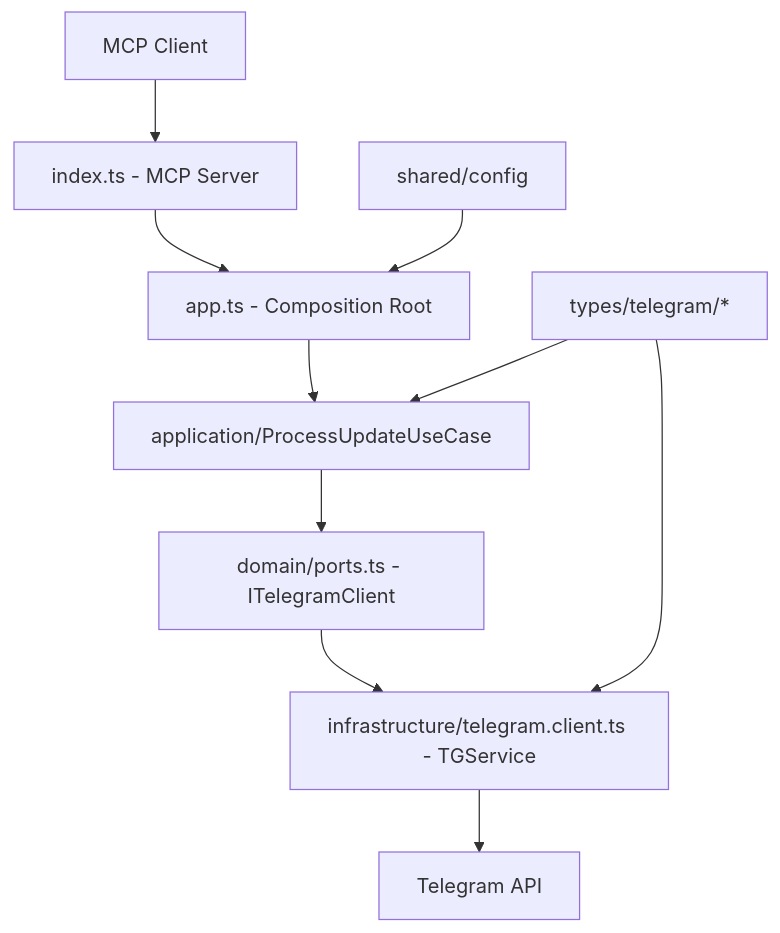
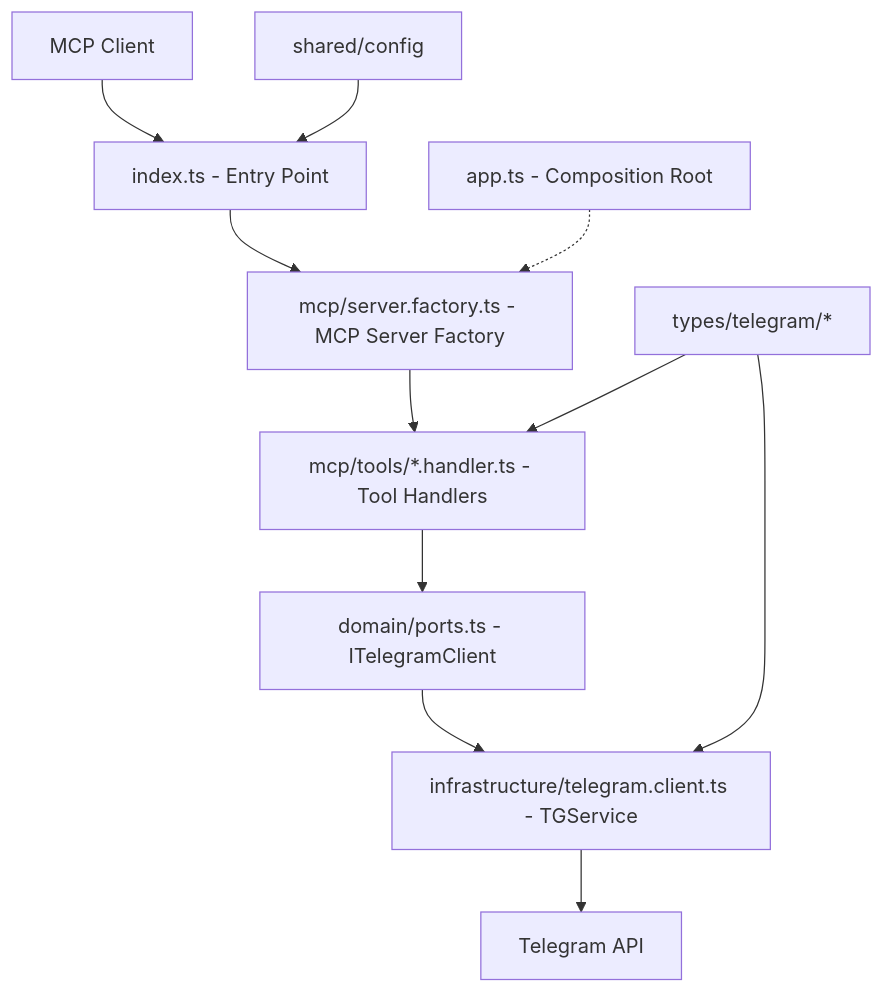
One commit to Bigchef-dev/telegram-mcp-server changed the diagram in ARCHITECTURE.md. Above: the diagram before and after it, drawn with Mermaid. The commit also changed other lines of this file and 10 other files, not shown here.

````diff
--- a/ARCHITECTURE.md
+++ b/ARCHITECTURE.md
@@ -59,13 +67,14 @@
 ```mermaid
 graph TD
-    A[MCP Client] --> B[index.ts - MCP Server]
-    B --> C[app.ts - Composition Root]
-    C --> D[application/ProcessUpdateUseCase]
+    A[MCP Client] --> B[index.ts - Entry Point]
+    B --> C[mcp/server.factory.ts - MCP Server Factory]
+    C --> D[mcp/tools/*.handler.ts - Tool Handlers]
     D --> E[domain/ports.ts - ITelegramClient]
     E --> F[infrastructure/telegram.client.ts - TGService]
     F --> G[Telegram API]
     
-    H[shared/config] --> C
+    H[shared/config] --> B
     I[types/telegram/*] --> D
     I --> F
+    J[app.ts - Composition Root] -.-> C
 ```
````
